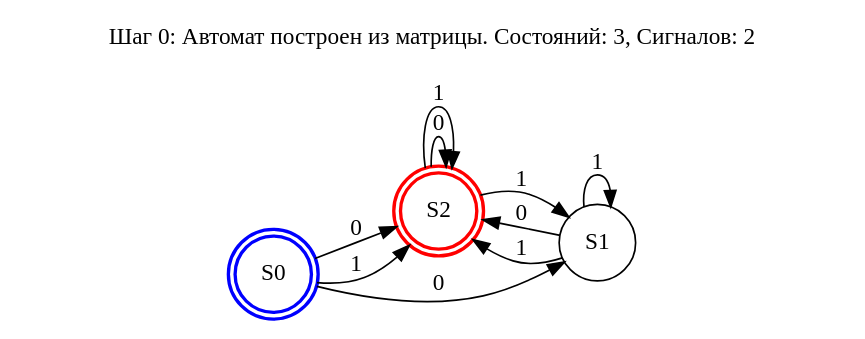
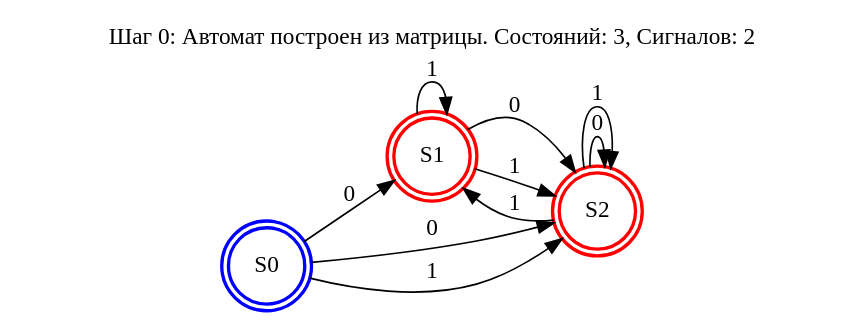
One commit to Denismelnikoww/Theory2 changed the diagram in Automat2/bin/Debug/net8.0/automaton_steps/automatonWithoutEpsilon.dot. Above: the diagram before and after it, drawn with Graphviz. The commit also changed 29 other files, not shown here.

```diff
--- a/Automat2/bin/Debug/net8.0/automaton_steps/automatonWithoutEpsilon.dot
+++ b/Automat2/bin/Debug/net8.0/automaton_steps/automatonWithoutEpsilon.dot
@@ -1,18 +1,18 @@
 digraph G {
   rankdir=LR;
   node [shape = circle];
   labelloc="t";
   label="Шаг 0: Автомат построен из матрицы. Состояний: 3, Сигналов: 2";
   S0 [label="S0", shape=doublecircle, style=bold, color=blue];
+  S1 [label="S1", shape=doublecircle, peripheries=2, style=bold, color=red];
   S2 [label="S2", shape=doublecircle, peripheries=2, style=bold, color=red];
-  S1 [label="S1", shape=circle];
   S0 -> S1 [label="0"];
   S0 -> S2 [label="0"];
   S0 -> S2 [label="1"];
   S1 -> S2 [label="0"];
   S1 -> S1 [label="1"];
   S1 -> S2 [label="1"];
   S2 -> S2 [label="0"];
   S2 -> S1 [label="1"];
   S2 -> S2 [label="1"];
 }
```
